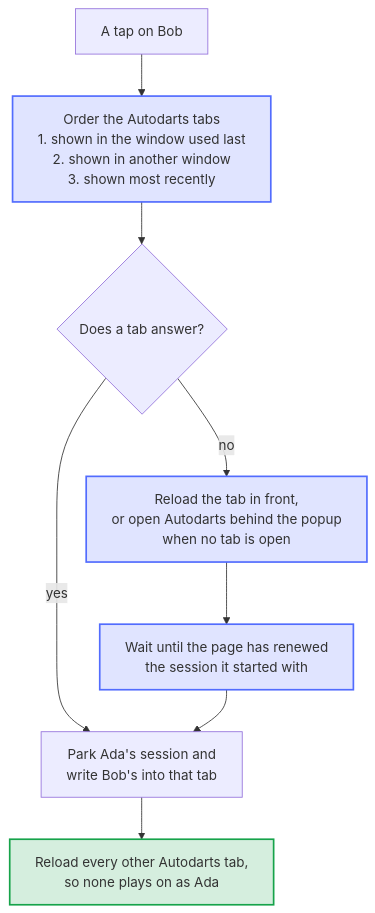
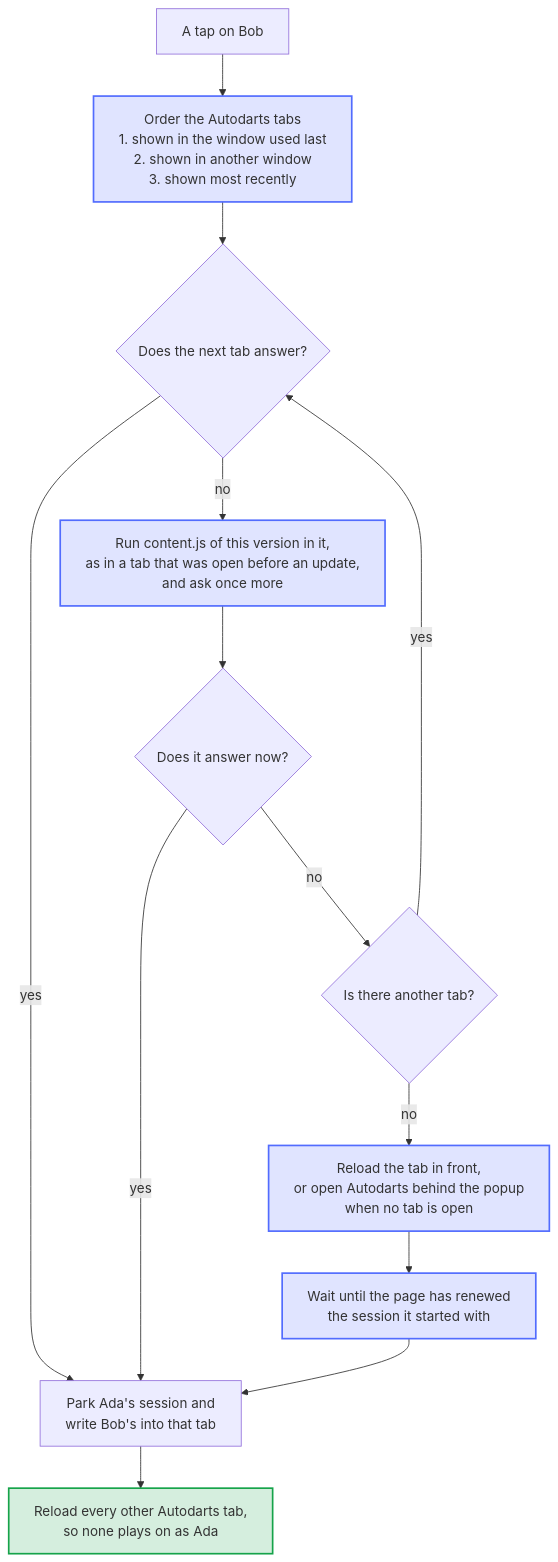
The diagram in docs/diagrams/which-tab.mmd (Dennis-Otto/player-switch-for-autodarts), drawn with Mermaid before and after one commit. The commit also changed 18 other files, not shown here.

First line of the commit message:
fix: reach the Autodarts tab after an install or update without a reload (#62)

```diff
--- a/docs/diagrams/which-tab.mmd
+++ b/docs/diagrams/which-tab.mmd
@@ -1,26 +1,33 @@
 ---
 config:
   flowchart:
     wrappingWidth: 400
 ---
 flowchart TB
     accTitle: How a tap finds its Autodarts tab
-    accDescr: A tap on a player goes to the Autodarts tab shown in the window used last, then to a tab shown in another window, then to the tab shown most recently. When no tab answers, the extension reloads the tab in front, or opens Autodarts behind the popup when no tab is open, and waits until the page has renewed the session it started with. Then it switches there, and every other Autodarts tab reloads with the new player.
+    accDescr: A tap on a player goes to the Autodarts tab shown in the window used last, then to a tab shown in another window, then to the tab shown most recently. A tab that doesn't answer, as one that was open before an update of the extension, first gets the content script of this version and the request once more, without a reload. When no tab answers even then, the extension reloads the tab in front, or opens Autodarts behind the popup when no tab is open, and waits until the page has renewed the session it started with. Then it switches there, and every other Autodarts tab reloads with the new player.
 
     tap["A tap on Bob"]
     rank["Order the Autodarts tabs<br>1. shown in the window used last<br>2. shown in another window<br>3. shown most recently"]
-    answers{"Does a tab answer?"}
+    answers{"Does the next tab answer?"}
+    inject["Run content.js of this version in it,<br>as in a tab that was open before an update,<br>and ask once more"]
+    again{"Does it answer now?"}
+    more{"Is there another tab?"}
     prepare["Reload the tab in front,<br>or open Autodarts behind the popup<br>when no tab is open"]
     settle["Wait until the page has renewed<br>the session it started with"]
     switch["Park Ada's session and<br>write Bob's into that tab"]
     others["Reload every other Autodarts tab,<br>so none plays on as Ada"]
 
     tap --> rank --> answers
     answers -- yes --> switch
-    answers -- no --> prepare --> settle --> switch
+    answers -- no --> inject --> again
+    again -- yes --> switch
+    again -- no --> more
+    more -- yes --> answers
+    more -- no --> prepare --> settle --> switch
     switch --> others
 
     classDef bot fill:#526cfe2e,stroke:#526cfe,stroke-width:2px
     classDef done fill:#16a34a2e,stroke:#16a34a,stroke-width:2px
-    class rank,prepare,settle bot
+    class rank,inject,prepare,settle bot
     class others done
```
